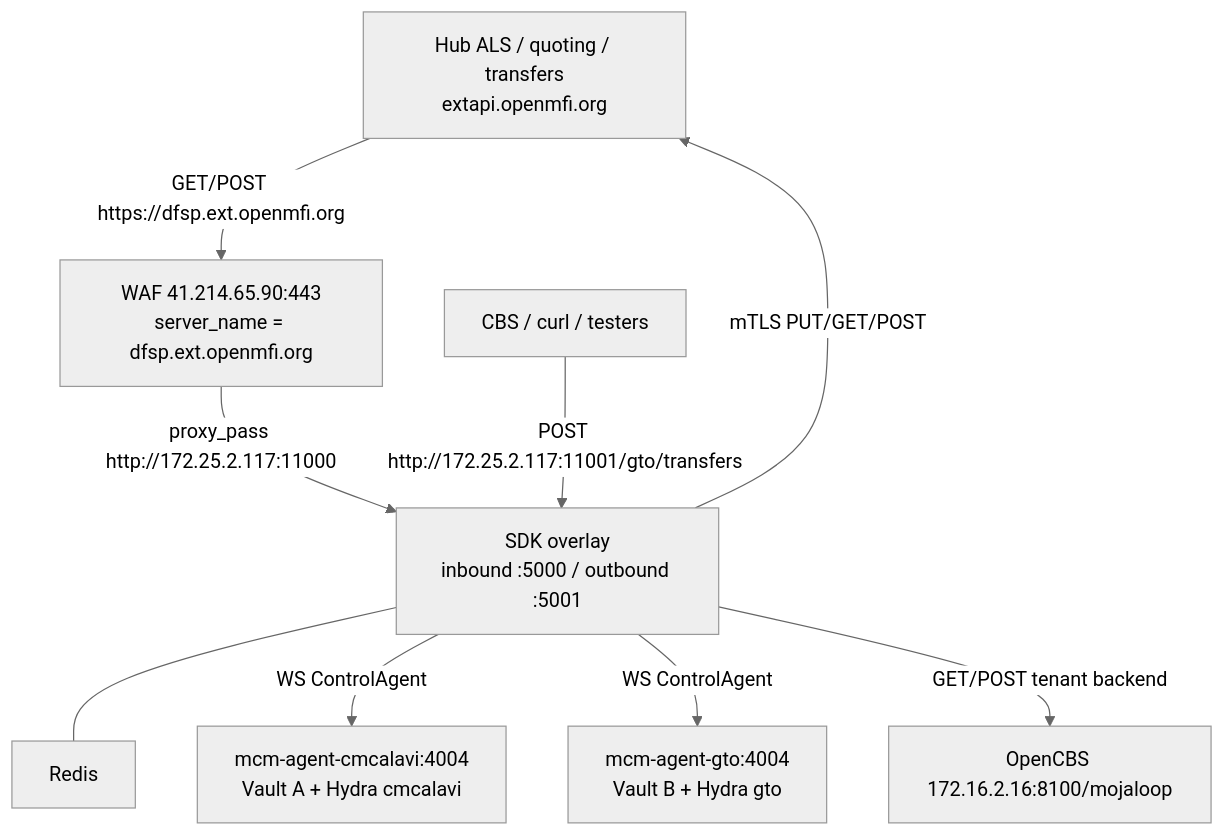
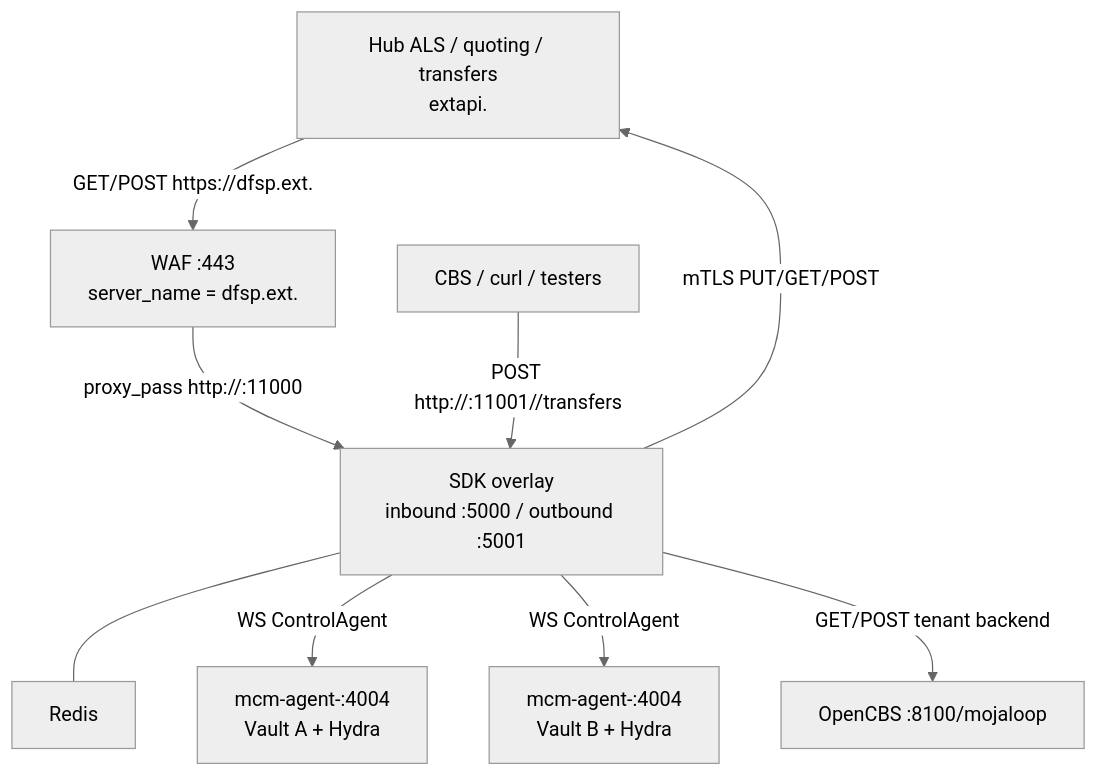
Before and after one commit to Rush95-kwagu/sdk-scheme-adapter-multi-tenant: the second of 6 diagrams in TECHNICAL.md, drawn with Mermaid (neutral theme). The commit also changed other lines of this file and 10 other files, not shown here.

````diff
--- a/TECHNICAL.md
+++ b/TECHNICAL.md
@@ -79,20 +79,20 @@
 ```mermaid
 flowchart TB
-  Hub["Hub ALS / quoting / transfers<br/>extapi.openmfi.org"]
-  WAF["WAF 41.214.65.90:443<br/>server_name = dfsp.ext.openmfi.org"]
+  Hub["Hub ALS / quoting / transfers<br/>extapi.<HUB_DOMAIN>"]
+  WAF["WAF <WAF_WAN>:443<br/>server_name = dfsp.ext.<HUB_DOMAIN>"]
   SDK["SDK overlay<br/>inbound :5000 / outbound :5001"]
   Redis["Redis"]
-  AgentA["mcm-agent-cmcalavi:4004<br/>Vault A + Hydra cmcalavi"]
-  AgentB["mcm-agent-gto:4004<br/>Vault B + Hydra gto"]
-  CBS["OpenCBS 172.16.2.16:8100/mojaloop"]
+  AgentA["mcm-agent-<fspid>:4004<br/>Vault A + Hydra <fspid>"]
+  AgentB["mcm-agent-<fspid>:4004<br/>Vault B + Hydra <fspid>"]
+  CBS["OpenCBS <CBS_HOST>:8100/mojaloop"]
   Tester["CBS / curl / testers"]
 
-  Hub -->|"GET/POST https://dfsp.ext.openmfi.org"| WAF
-  WAF -->|"proxy_pass http://172.25.2.117:11000"| SDK
+  Hub -->|"GET/POST https://dfsp.ext.<HUB_DOMAIN>"| WAF
+  WAF -->|"proxy_pass http://<SDK_HOST>:11000"| SDK
   SDK --- Redis
   SDK -->|"WS ControlAgent"| AgentA
   SDK -->|"WS ControlAgent"| AgentB
   SDK -->|"GET/POST tenant backend"| CBS
-  Tester -->|"POST http://172.25.2.117:11001/gto/transfers"| SDK
+  Tester -->|"POST http://<SDK_HOST>:11001/<fspid>/transfers"| SDK
   SDK -->|"mTLS PUT/GET/POST"| Hub
 ```
````
